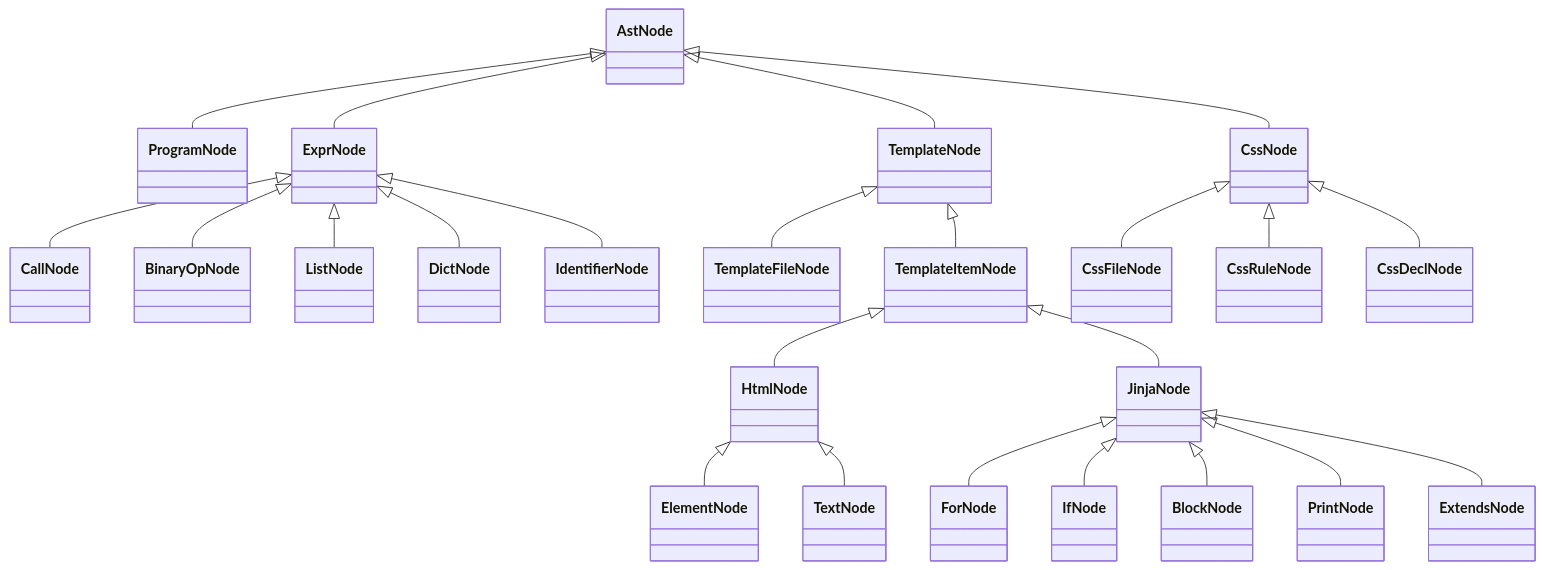
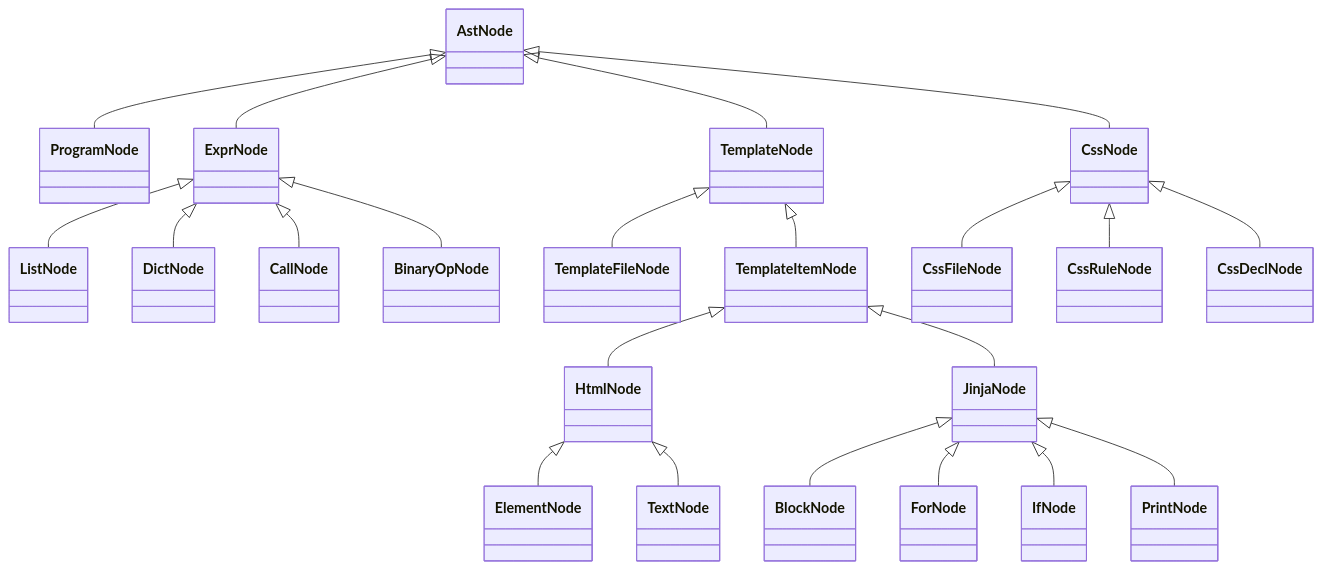
One commit to AliAsaad715/Flask-Jinja2-Compiler changed the diagram in REPORT.md. Above: the diagram before and after it, drawn with Mermaid. The commit also changed other lines of this file and 33 other files, not shown here.

````diff
--- a/REPORT.md
+++ b/REPORT.md
@@ -61,29 +66,27 @@
 ```mermaid
 classDiagram
     AstNode <|-- ProgramNode
     AstNode <|-- ExprNode
     AstNode <|-- TemplateNode
     AstNode <|-- CssNode
 
+    ExprNode <|-- ListNode
+    ExprNode <|-- DictNode
     ExprNode <|-- CallNode
     ExprNode <|-- BinaryOpNode
-    ExprNode <|-- ListNode
-    ExprNode <|-- DictNode
-    ExprNode <|-- IdentifierNode
 
     TemplateNode <|-- TemplateFileNode
     TemplateNode <|-- TemplateItemNode
     TemplateItemNode <|-- HtmlNode
     TemplateItemNode <|-- JinjaNode
     HtmlNode <|-- ElementNode
     HtmlNode <|-- TextNode
+    JinjaNode <|-- BlockNode
     JinjaNode <|-- ForNode
     JinjaNode <|-- IfNode
-    JinjaNode <|-- BlockNode
     JinjaNode <|-- PrintNode
-    JinjaNode <|-- ExtendsNode
 
     CssNode <|-- CssFileNode
     CssNode <|-- CssRuleNode
     CssNode <|-- CssDeclNode
 ```
````
